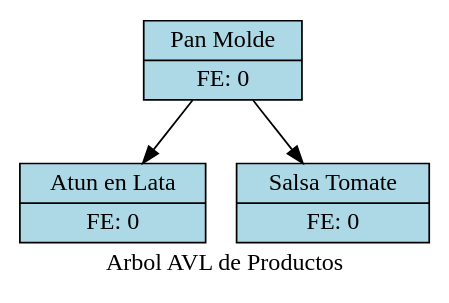
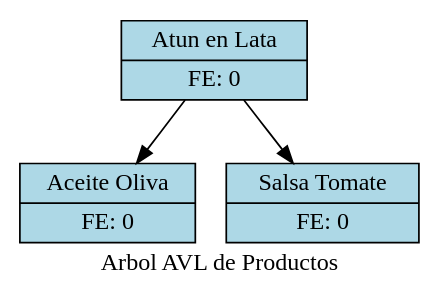
One commit to Mynor-M-50/Proyecto_1_Fase_2_EDD_Mynor_Monzon_1S_2026 changed the diagram in Fronted/static/arbol_avl.dot. Above: the diagram before and after it, drawn with Graphviz. The commit also changed 47 other files, not shown here.

```diff
--- a/Fronted/static/arbol_avl.dot
+++ b/Fronted/static/arbol_avl.dot
@@ -1,9 +1,9 @@
 digraph AVL {
 	node [fillcolor=lightblue shape=record style=filled]
 	label="Arbol AVL de Productos"
-	node_134764029014960 [label="{ Pan Molde | FE: 0 }"]
-	node_134764029014960 -> node_134764028490624
-	node_134764028490624 [label="{ Atun en Lata | FE: 0 }"]
-	node_134764029014960 -> node_134764028491200
-	node_134764028491200 [label="{ Salsa Tomate | FE: 0 }"]
+	node_139411396167536 [label="{ Atun en Lata | FE: 0 }"]
+	node_139411396167536 -> node_139411396660640
+	node_139411396660640 [label="{ Aceite Oliva | FE: 0 }"]
+	node_139411396167536 -> node_139411396168112
+	node_139411396168112 [label="{ Salsa Tomate | FE: 0 }"]
 }
```
